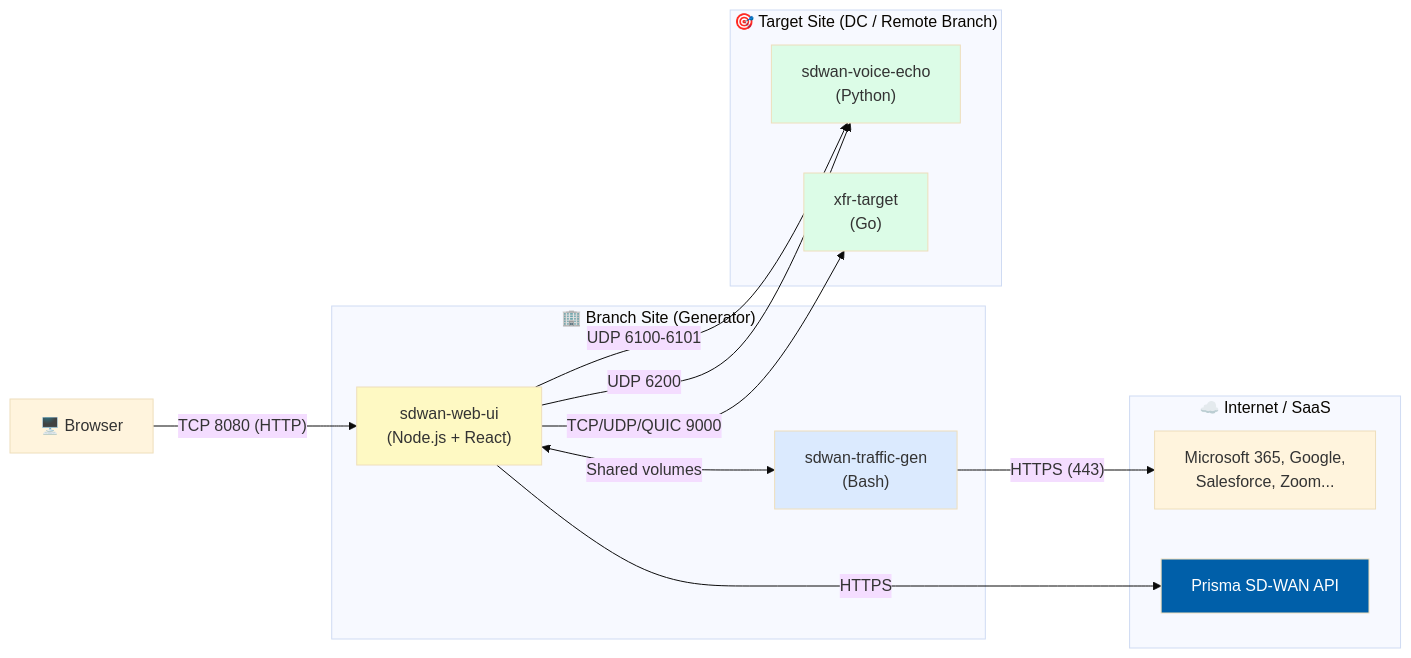
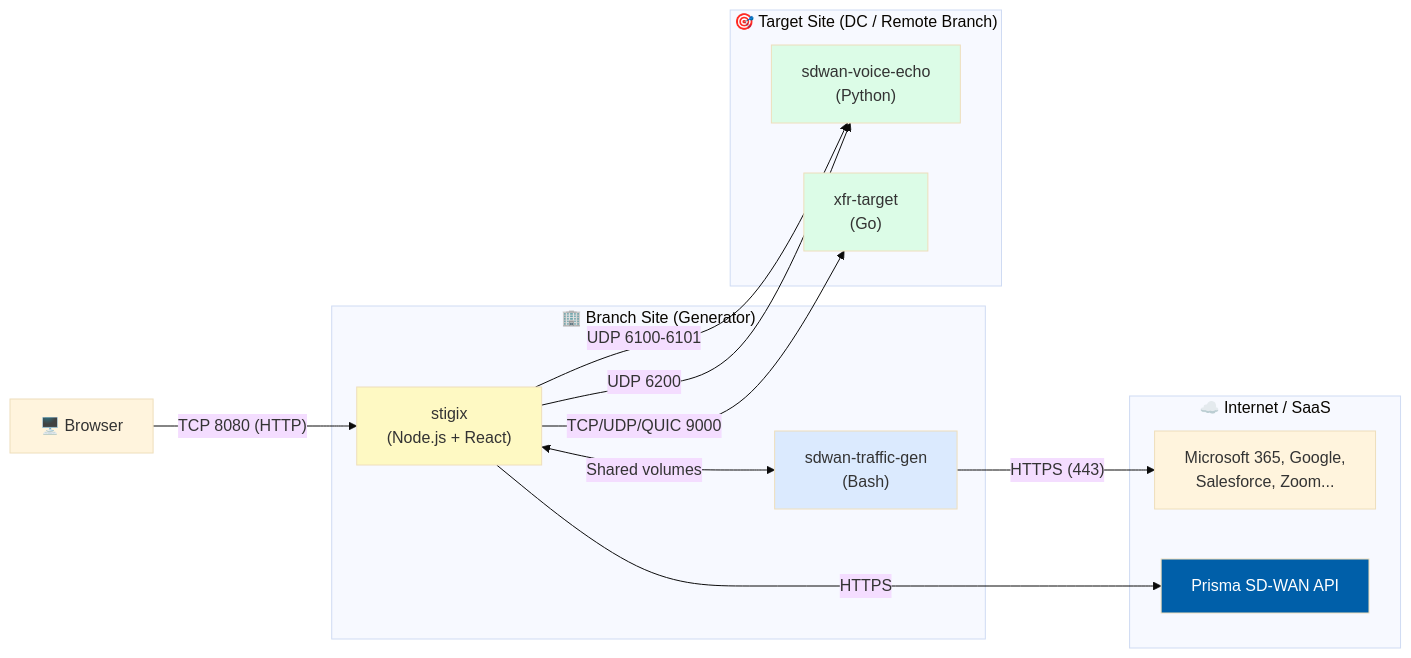
One commit to jsuzanne/stigix changed the diagram in docs/TRAFFIC_FLOW_GUIDE.md. Above: the diagram before and after it, drawn with Mermaid (base theme). The commit also changed other lines of this file and 19 other files, not shown here.

````diff
--- a/docs/TRAFFIC_FLOW_GUIDE.md
+++ b/docs/TRAFFIC_FLOW_GUIDE.md
@@ -16,33 +16,33 @@
 ```mermaid
 graph LR
     subgraph "🏢 Branch Site (Generator)"
         TG["sdwan-traffic-gen<br/>(Bash)"]
-        WEB["sdwan-web-ui<br/>(Node.js + React)"]
+        WEB["stigix<br/>(Node.js + React)"]
     end
 
     subgraph "🎯 Target Site (DC / Remote Branch)"
         ECHO["sdwan-voice-echo<br/>(Python)"]
         XFR["xfr-target<br/>(Go)"]
     end
 
     subgraph "☁️ Internet / SaaS"
         SAAS["Microsoft 365, Google,<br/>Salesforce, Zoom..."]
         PSASE["Prisma SD-WAN API"]
     end
 
     USER["🖥️ Browser"] -->|"TCP 8080 (HTTP)"| WEB
 
     TG -->|"HTTPS (443)"| SAAS
     WEB -->|"UDP 6100-6101"| ECHO
     WEB -->|"UDP 6200"| ECHO
     WEB -->|"TCP/UDP/QUIC 9000"| XFR
     WEB -->|"HTTPS"| PSASE
 
     WEB <-->|"Shared volumes"| TG
 
     style TG fill:#dbeafe
     style WEB fill:#fef9c3
     style ECHO fill:#dcfce7
     style XFR fill:#dcfce7
     style PSASE fill:#005FA9,color:#fff
 ```
````
